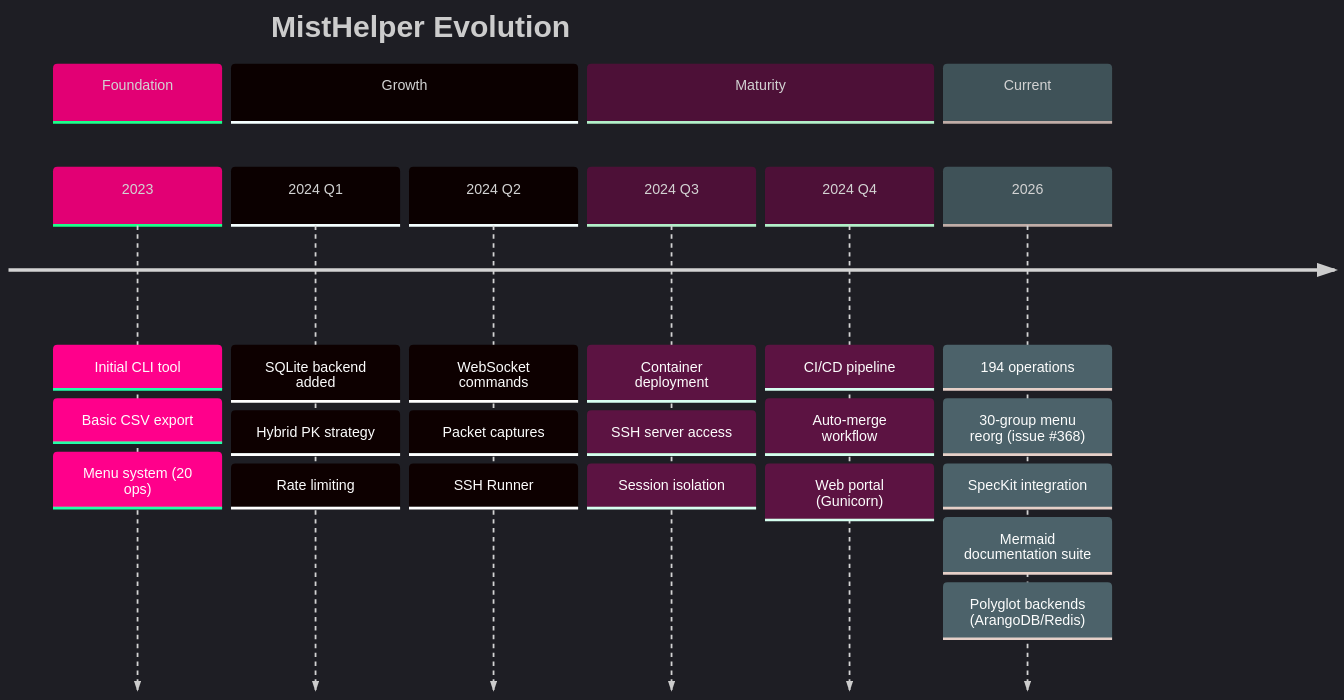
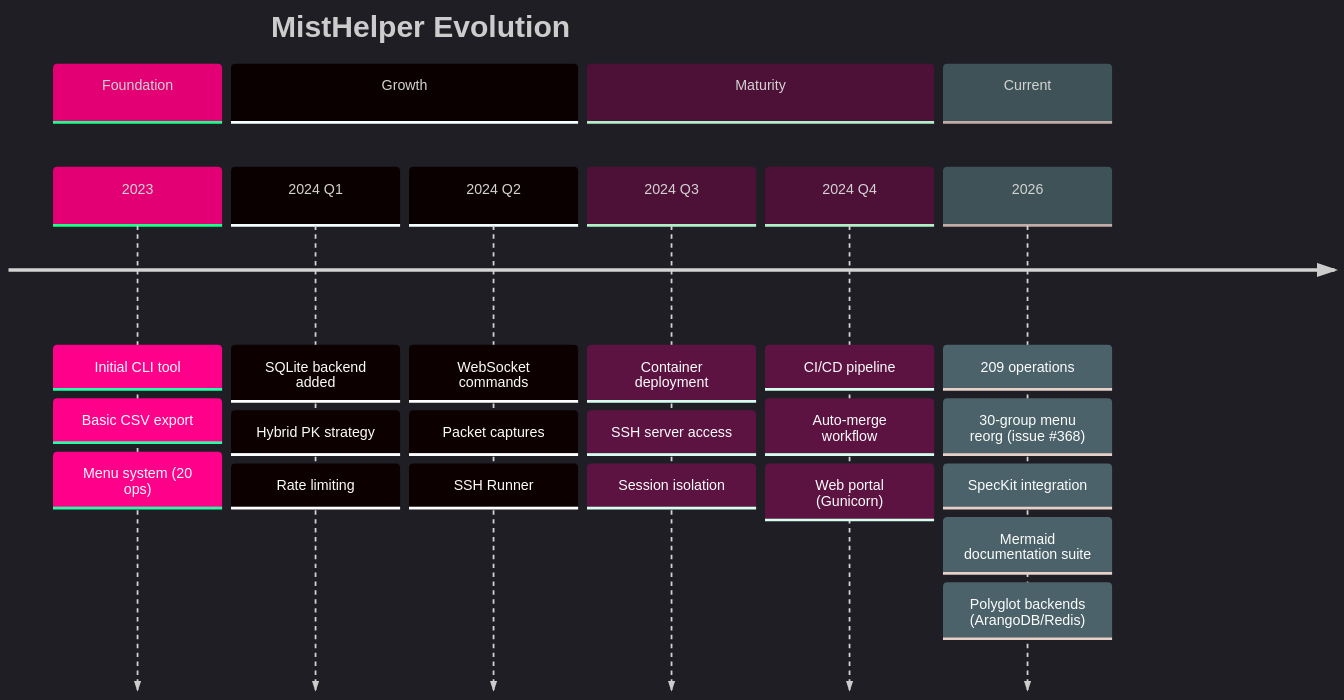
The fifth of 5 diagrams in documentation/diagrams/operations/metrics-and-analytics.md (jmorrison-juniper/MistHelper), drawn with Mermaid before and after one commit. The commit also changed other lines of this file and 8 other files, not shown here.

````diff
--- a/documentation/diagrams/operations/metrics-and-analytics.md
+++ b/documentation/diagrams/operations/metrics-and-analytics.md
@@ -149,37 +149,37 @@
 ```mermaid
 %%{init: {'theme': 'dark', 'themeVariables': {
   'primaryColor': '#E20074',
   'primaryTextColor': '#E0E0E0',
   'primaryBorderColor': '#99004D',
   'lineColor': '#FF4DA6',
   'secondaryColor': '#16213E',
   'tertiaryColor': '#1A1A2E',
   'fontFamily': 'ui-monospace, monospace'
 }}}%%
 timeline
     title MistHelper Evolution
     section Foundation
         2023 : Initial CLI tool
              : Basic CSV export
              : Menu system (20 ops)
     section Growth
         2024 Q1 : SQLite backend added
                 : Hybrid PK strategy
                 : Rate limiting
         2024 Q2 : WebSocket commands
                 : Packet captures
                 : SSH Runner
     section Maturity
         2024 Q3 : Container deployment
                 : SSH server access
                 : Session isolation
         2024 Q4 : CI/CD pipeline
                 : Auto-merge workflow
                 : Web portal (Gunicorn)
     section Current
-        2026 : 194 operations
+        2026 : 209 operations
              : 30-group menu reorg (issue #368)
              : SpecKit integration
              : Mermaid documentation suite
              : Polyglot backends (ArangoDB/Redis)
 ```
````
